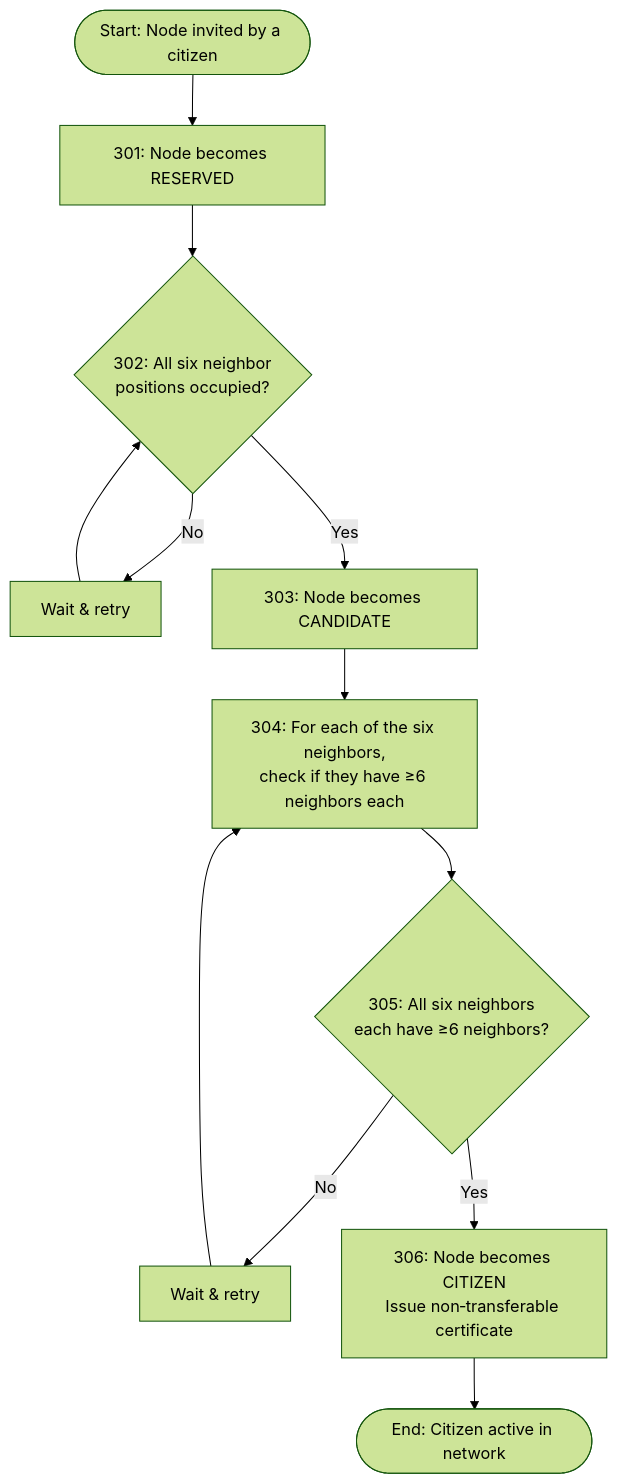
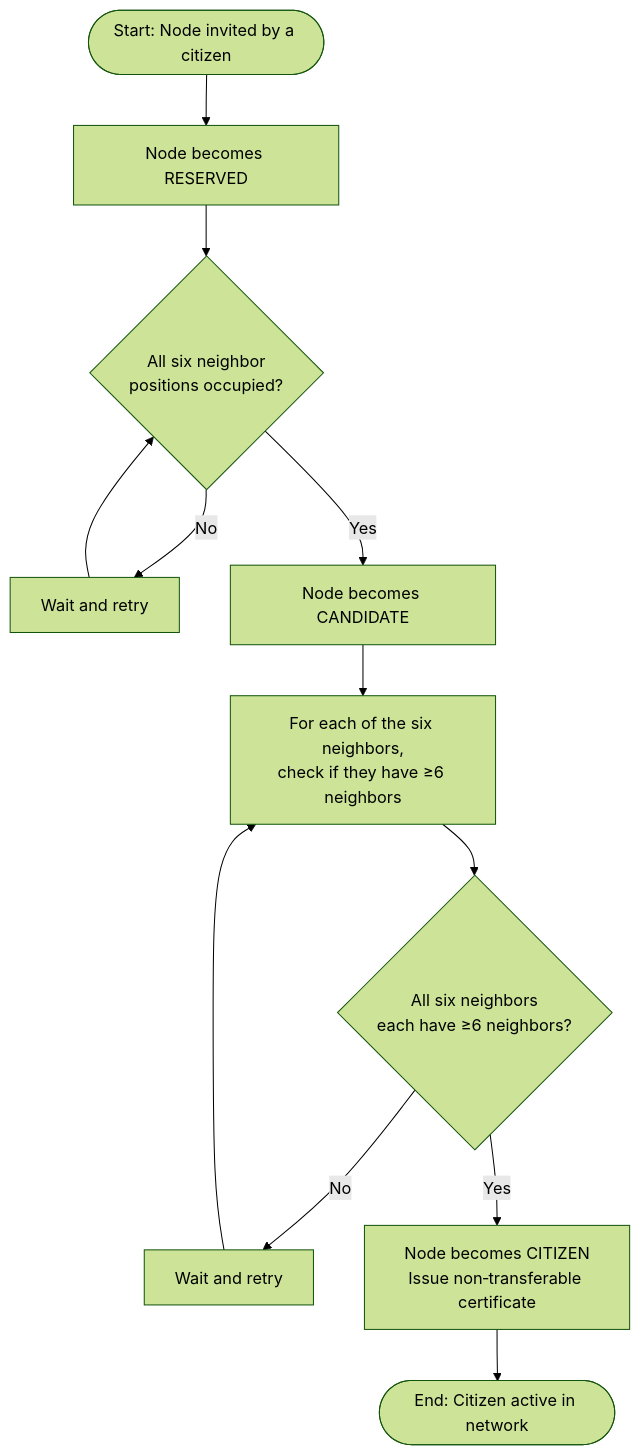
One commit to comfyuse/Kando changed the second of 3 diagrams in README.md. Above: the diagram before and after it, drawn with Mermaid (forest theme). The commit also changed other lines of this file and 15 other files, not shown here.

````diff
--- a/README.md
+++ b/README.md
@@ -61,14 +276,14 @@
 ```mermaid
 flowchart TD
-    Start([Start: Node invited by a citizen]) --> Step301[301: Node becomes RESERVED]
-    Step301 --> Decision302{302: All six neighbor\npositions occupied?}
-    Decision302 -->|No| Wait[Wait & retry]
-    Wait --> Decision302
-    Decision302 -->|Yes| Step303[303: Node becomes CANDIDATE]
-    Step303 --> Step304[304: For each of the six neighbors,\ncheck if they have ≥6 neighbors each]
-    Step304 --> Decision305{305: All six neighbors\neach have ≥6 neighbors?}
-    Decision305 -->|No| Wait2[Wait & retry]
-    Wait2 --> Step304
-    Decision305 -->|Yes| Step306[306: Node becomes CITIZEN\nIssue non‑transferable certificate]
-    Step306 --> End([End: Citizen active in network])
-  ```
+    Start([Start: Node invited by a citizen]) --> A[Node becomes RESERVED]
+    A --> B{All six neighbor<br/>positions occupied?}
+    B -->|No| W1[Wait and retry]
+    W1 --> B
+    B -->|Yes| C[Node becomes CANDIDATE]
+    C --> D[For each of the six neighbors,<br/>check if they have ≥6 neighbors]
+    D --> E{All six neighbors<br/>each have ≥6 neighbors?}
+    E -->|No| W2[Wait and retry]
+    W2 --> D
+    E -->|Yes| F[Node becomes CITIZEN<br/>Issue non‑transferable certificate]
+    F --> G([End: Citizen active in network])
+```
````
